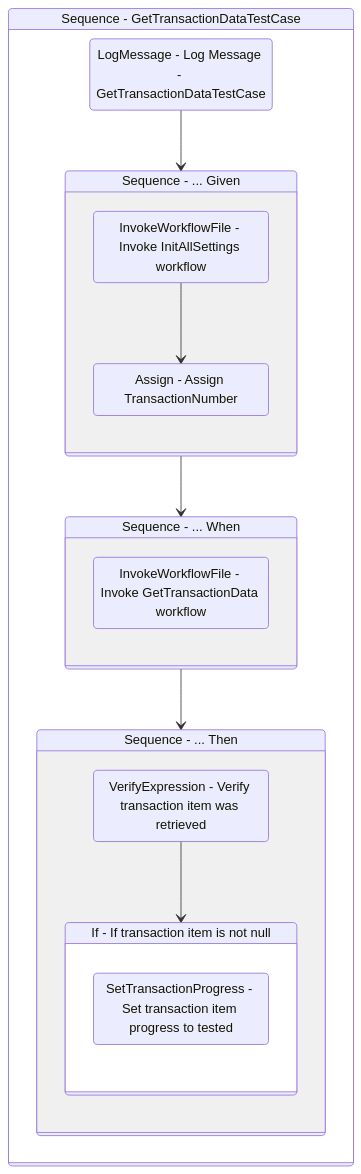
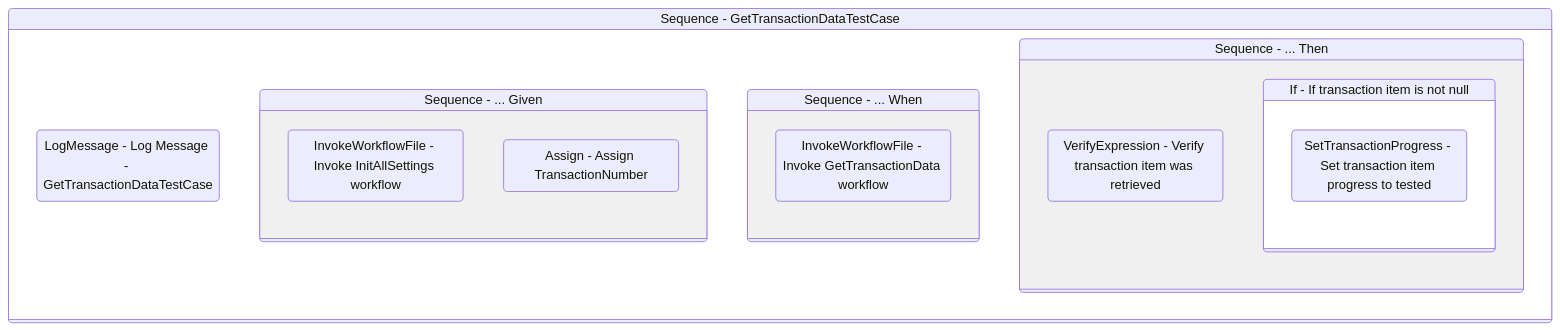
One commit to yashbrahmbhatt/LazyFramework changed the diagram in Documentation/.templates/Performers/REFramework/Tests/GetTransactionDataTestCase.md. Above: the diagram before and after it, drawn with Mermaid. The commit also changed 72 other files, not shown here.

````diff
--- a/Documentation/.templates/Performers/REFramework/Tests/GetTransactionDataTestCase.md
+++ b/Documentation/.templates/Performers/REFramework/Tests/GetTransactionDataTestCase.md
@@ -122,36 +122,35 @@
 ```mermaid
 stateDiagram-v2
 
 
 Sequence_1: Sequence - GetTransactionDataTestCase
 state Sequence_1 {
 direction TB
 LogMessage_1 : LogMessage - Log Message - GetTransactionDataTestCase
-LogMessage_1 --> Sequence_2
+
 Sequence_2: Sequence - ... Given
 state Sequence_2 {
 direction TB
 InvokeWorkflowFile_1 : InvokeWorkflowFile - Invoke InitAllSettings workflow
 Assign_1 : Assign - Assign TransactionNumber
-InvokeWorkflowFile_1 --> Assign_1
 }
-Sequence_2 --> Sequence_4
+
 Sequence_4: Sequence - ... When
 state Sequence_4 {
 direction TB
 InvokeWorkflowFile_2 : InvokeWorkflowFile - Invoke GetTransactionData workflow
 }
-Sequence_4 --> Sequence_3
+
 Sequence_3: Sequence - ... Then
 state Sequence_3 {
 direction TB
 VerifyExpression_1 : VerifyExpression - Verify transaction item was retrieved
-VerifyExpression_1 --> If_1
+
 If_1: If - If transaction item is not null
 state If_1 {
 direction TB
 SetTransactionProgress_1 : SetTransactionProgress - Set transaction item progress to tested
 }
 }
 }
 ```
````
